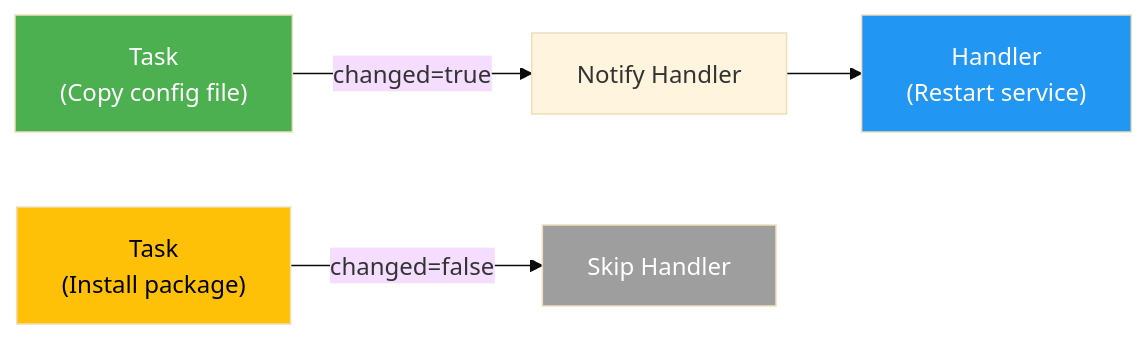
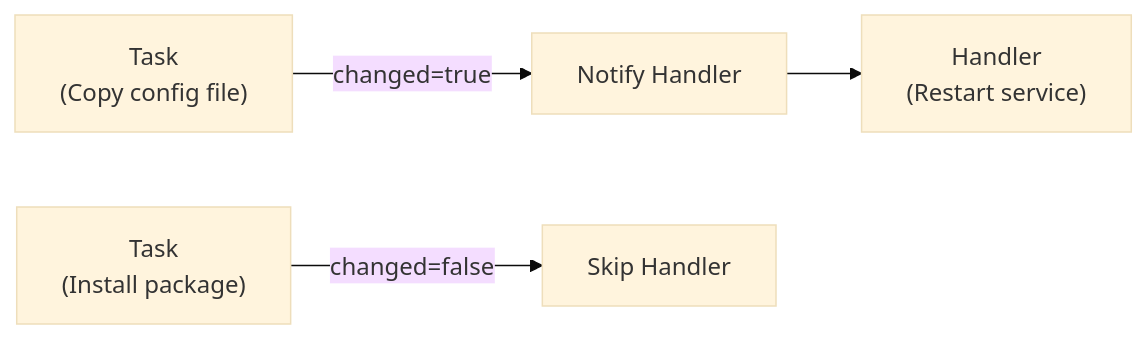
The fourth of 7 diagrams in docs/k8s-deploy/week2-ansible-basics.md (juwon8891/juwon8891.github.io), drawn with Mermaid (base theme) before and after one commit. The commit also changed other lines of this file and 18 other files, not shown here.

Commit message:
Remove bright colors from Mermaid diagrams for dark mode compatibility

````diff
--- a/docs/k8s-deploy/week2-ansible-basics.md
+++ b/docs/k8s-deploy/week2-ansible-basics.md
@@ -575,12 +571,8 @@
 ```mermaid
 graph LR
     Task["Task<br/>(Copy config file)"] -->|"changed=true"| Notify["Notify Handler"]
     Notify --> Handler["Handler<br/>(Restart service)"]
 
     Task2["Task<br/>(Install package)"] -->|"changed=false"| Skip["Skip Handler"]
 
-    style Task fill:#4CAF50,color:#fff
-    style Task2 fill:#FFC107,color:#000
-    style Handler fill:#2196F3,color:#fff
-    style Skip fill:#9E9E9E,color:#fff
 ```
````
